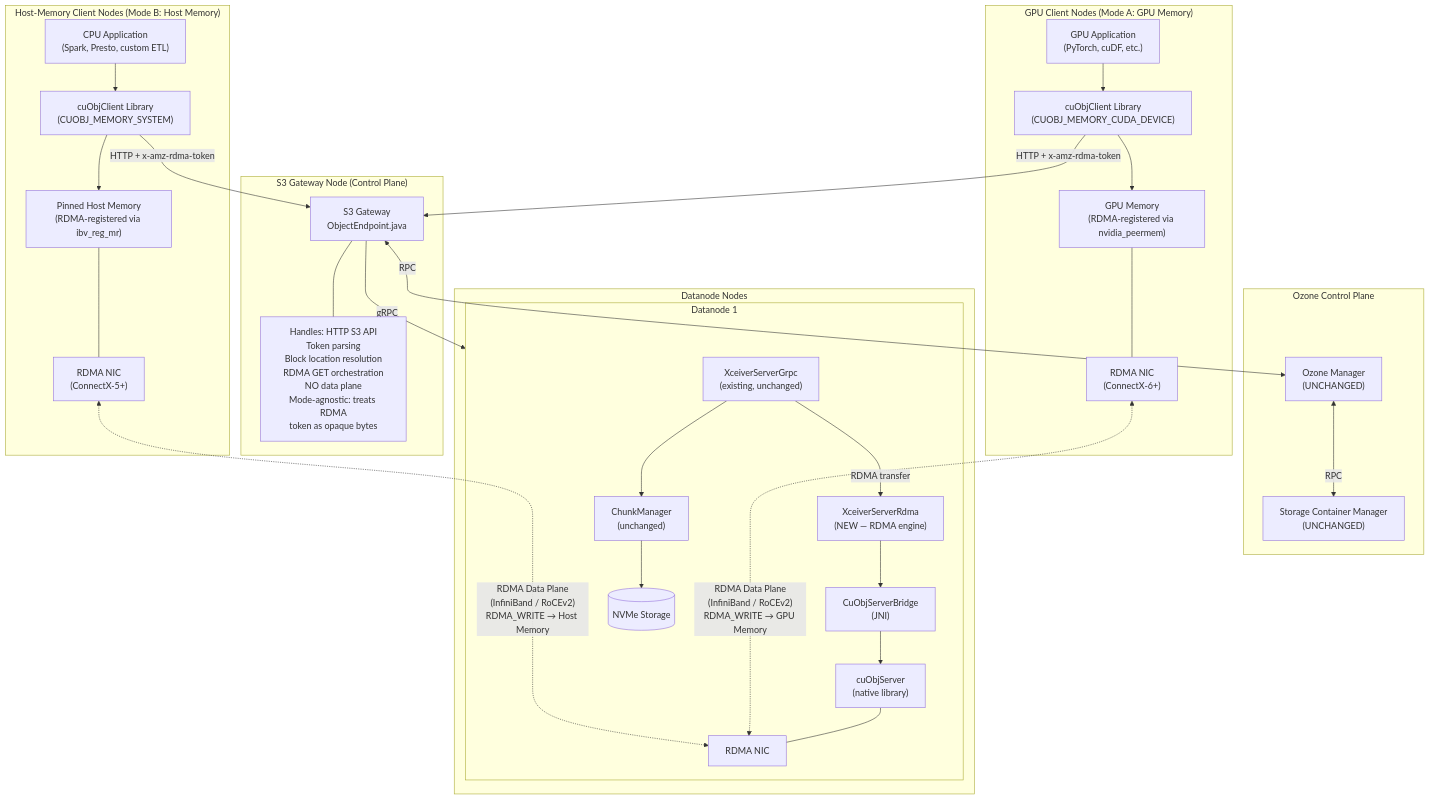
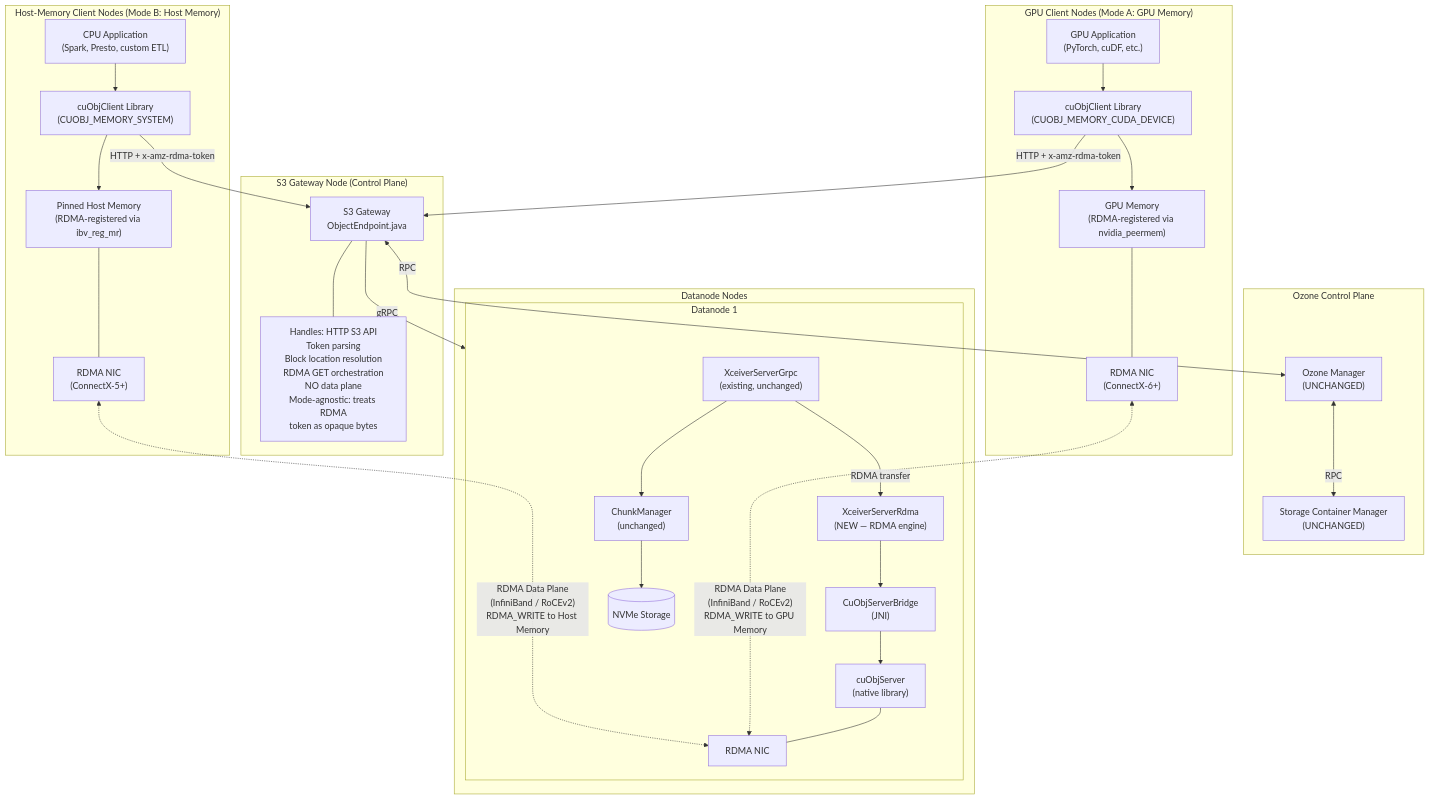
The first of 6 diagrams in docs/gds-dn-direct-rdma-implementation-spec.md (ptlrs/ozone), drawn with Mermaid before and after one commit. The commit also changed other lines of this file, not shown here.

Commit message:
GPUDIRECT. Update GPUDirect Storage spec to v8.0 with validation status, known limitations, fixes for prior inaccuracies, enhanced cloud testing environments, and updated architectural flows

````diff
--- a/docs/gds-dn-direct-rdma-implementation-spec.md
+++ b/docs/gds-dn-direct-rdma-implementation-spec.md
@@ -184,55 +208,55 @@
 ```mermaid
 flowchart TB
   subgraph GPU_Nodes["GPU Client Nodes (Mode A: GPU Memory)"]
     App1["GPU Application<br/>(PyTorch, cuDF, etc.)"]
     cuObjC1["cuObjClient Library<br/>(CUOBJ_MEMORY_CUDA_DEVICE)"]
     GPU1["GPU Memory<br/>(RDMA-registered via nvidia_peermem)"]
     NIC_GPU["RDMA NIC<br/>(ConnectX-6+)"]
     App1 --> cuObjC1 --> GPU1
     GPU1 --- NIC_GPU
   end
 
   subgraph Host_Nodes["Host-Memory Client Nodes (Mode B: Host Memory)"]
     App2["CPU Application<br/>(Spark, Presto, custom ETL)"]
     cuObjC2["cuObjClient Library<br/>(CUOBJ_MEMORY_SYSTEM)"]
     HostMem["Pinned Host Memory<br/>(RDMA-registered via ibv_reg_mr)"]
     NIC_Host["RDMA NIC<br/>(ConnectX-5+)"]
     App2 --> cuObjC2 --> HostMem
     HostMem --- NIC_Host
   end
 
   subgraph S3GW_Node["S3 Gateway Node (Control Plane)"]
     S3GW["S3 Gateway<br/>ObjectEndpoint.java"]
     GW_NOTE["Handles: HTTP S3 API<br/>Token parsing<br/>Block location resolution<br/>RDMA GET orchestration<br/>NO data plane<br/>Mode-agnostic: treats RDMA<br/>token as opaque bytes"]
     S3GW --- GW_NOTE
   end
 
   subgraph Ozone_Control["Ozone Control Plane"]
     OM["Ozone Manager<br/>(UNCHANGED)"]
     SCM["Storage Container Manager<br/>(UNCHANGED)"]
   end
 
   subgraph DN_Nodes["Datanode Nodes"]
     subgraph DN1["Datanode 1"]
       GRPC1["XceiverServerGrpc<br/>(existing, unchanged)"]
       RDMA1["XceiverServerRdma<br/>(NEW — RDMA engine)"]
       JNI1["CuObjServerBridge<br/>(JNI)"]
       cuObjS1["cuObjServer<br/>(native library)"]
       CM1["ChunkManager<br/>(unchanged)"]
       NVMe1[("NVMe Storage")]
       GRPC1 -->|" RDMA transfer "| RDMA1
       RDMA1 --> JNI1 --> cuObjS1
       GRPC1 --> CM1 --> NVMe1
       NIC_DN1["RDMA NIC"]
       cuObjS1 --- NIC_DN1
     end
   end
 
-  NIC_GPU <-.->|" RDMA Data Plane<br/>(InfiniBand / RoCEv2)<br/>RDMA_WRITE → GPU Memory "| NIC_DN1
-  NIC_Host <-.->|" RDMA Data Plane<br/>(InfiniBand / RoCEv2)<br/>RDMA_WRITE → Host Memory "| NIC_DN1
+  NIC_GPU <-.->|" RDMA Data Plane<br/>(InfiniBand / RoCEv2)<br/>RDMA_WRITE to GPU Memory "| NIC_DN1
+  NIC_Host <-.->|" RDMA Data Plane<br/>(InfiniBand / RoCEv2)<br/>RDMA_WRITE to Host Memory "| NIC_DN1
   cuObjC1 -->|" HTTP + x-amz-rdma-token "| S3GW
   cuObjC2 -->|" HTTP + x-amz-rdma-token "| S3GW
   S3GW -->|" gRPC "| DN1
   S3GW <-->|" RPC "| OM
   OM <-->|" RPC "| SCM
 ```
````
